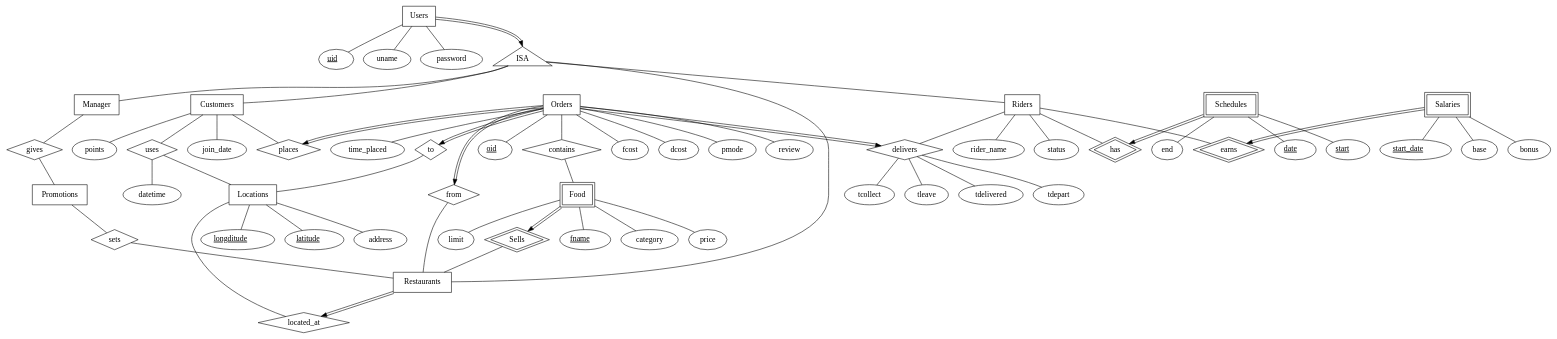
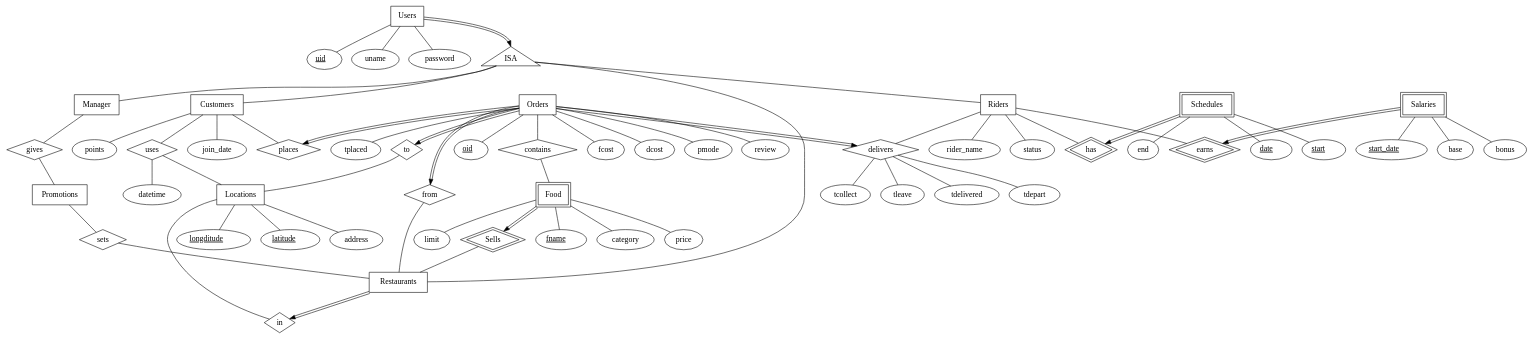
Before and after one commit to AY1920S2-CS2102-Team16/Food-Delivery-Service: the diagram in ER.dot, drawn with Graphviz.

Commit message:
Change some namings

```diff
--- a/ER.dot
+++ b/ER.dot
@@ -1,116 +1,116 @@
 digraph G {
     
   Users [shape=box]
     uid [label=<<u> uid </u>>]
     Users -> uid [arrowhead=none]
     Users -> uname [arrowhead=none]
     Users -> password [arrowhead=none]
   
   
   ISA [shape=triangle]
   
   
   Manager [shape=box]
   gives [shape=diamond]
   Promotions [shape=box]
   sets [shape=diamond]
   
   
   Restaurants [shape=box]
   Sells [shape=diamond peripheries=2]
   Food [shape=box peripheries=2]
     fname [label=<<u> fname </u>>]
     Food -> fname [arrowhead=none]
     Food -> category [arrowhead=none]
     Food -> price [arrowhead=none]
     Food -> limit [arrowhead=none]
-  located_at [shape=diamond]
+  in [shape=diamond]
   
   Locations [shape=box]
     lon [label=<<u> longditude </u>>]
     lat [label=<<u> latitude </u>>]
     Locations -> lon [arrowhead=none]
     Locations -> lat [arrowhead=none]
     Locations -> address [arrowhead=none]
   
   Customers [shape=box]
     Customers -> join_date [arrowhead=none]
     Customers -> points [arrowhead=none]
   uses [shape=diamond]
     uses -> datetime [arrowhead=none]
   places [shape=diamond]
   Orders [shape=box]
     oid [label=<<u> oid </u>>]
     Orders -> oid [arrowhead=none]
     Orders -> fcost [arrowhead=none]
     Orders -> dcost [arrowhead=none]
     Orders -> pmode [arrowhead=none]
     Orders -> review [arrowhead=none]
-    Orders -> time_placed [arrowhead=none]
+    Orders -> tplaced [arrowhead=none]
   from [shape=diamond]
   to [shape=diamond]
   contains [shape=diamond]
     
   Riders [shape=box]
     Riders -> rider_name [arrowhead=none]
     Riders -> status [arrowhead=none]
   delivers [shape=diamond]
     delivers -> tdepart [arrowhead=none]
     delivers -> tcollect [arrowhead=none]
     delivers -> tleave [arrowhead=none]
     delivers -> tdelivered [arrowhead=none]
   has [shape=diamond peripheries=2]
   Schedules [shape=box peripheries=2]
     Schdate [label=<<u> date </u>>]
     Schstart [label=<<u> start </u>>]
     Schedules -> Schdate [arrowhead=none]
     Schedules -> Schstart [arrowhead=none]
     Schedules -> end [arrowhead=none]
   earns [shape=diamond peripheries=2]
   Salaries [shape=box peripheries=2]
     start_date [label=<<u> start_date </u>>]
     Salaries -> start_date [arrowhead=none]
     Salaries -> base [arrowhead=none]
     Salaries -> bonus [arrowhead=none]
     
   
   Users -> ISA [color="black:invis:black" headport=n]
   
   ISA -> Manager[arrowhead=none]
   ISA -> Restaurants[arrowhead=none]
   ISA -> Customers[arrowhead=none]
   ISA -> Riders[arrowhead=none]
   
   Manager -> gives [arrowhead=none]
   gives -> Promotions [arrowhead=none]
   
   
   Food -> Sells [color="black:invis:black"]
   Sells -> Restaurants [arrowhead=none]
   
-  Locations -> located_at [arrowhead=none]
-  Restaurants -> located_at [color="black:invis:black"]
+  Locations -> in [arrowhead=none]
+  Restaurants -> in [color="black:invis:black"]
   Promotions -> sets [arrowhead=none]
-  sets -> Restaurants [arrowhead=none]
+  sets -> Restaurants [arrowhead=nonle]
   
   Customers -> places [arrowhead=none]
   Orders -> places [color="black:invis:black"]
   Orders -> delivers [color="black:invis:black"]
   Customers -> uses [arrowhead=none]
   uses -> Locations [arrowhead=none]
   Orders -> to [color="black:invis:black"]
   to -> Locations [arrowhead=none]
   Orders -> from [color="black:invis:black"]
   from -> Restaurants [arrowhead=none]
   Orders -> contains [arrowhead=none]
   contains -> Food [arrowhead=none]
   
   
   
   Riders -> delivers [arrowhead=none]
   Riders -> has [arrowhead=none]
   Schedules -> has [color="black:invis:black"]
   Salaries -> earns [color="black:invis:black"]
   Riders -> earns [arrowhead=none]
   
 }
```
